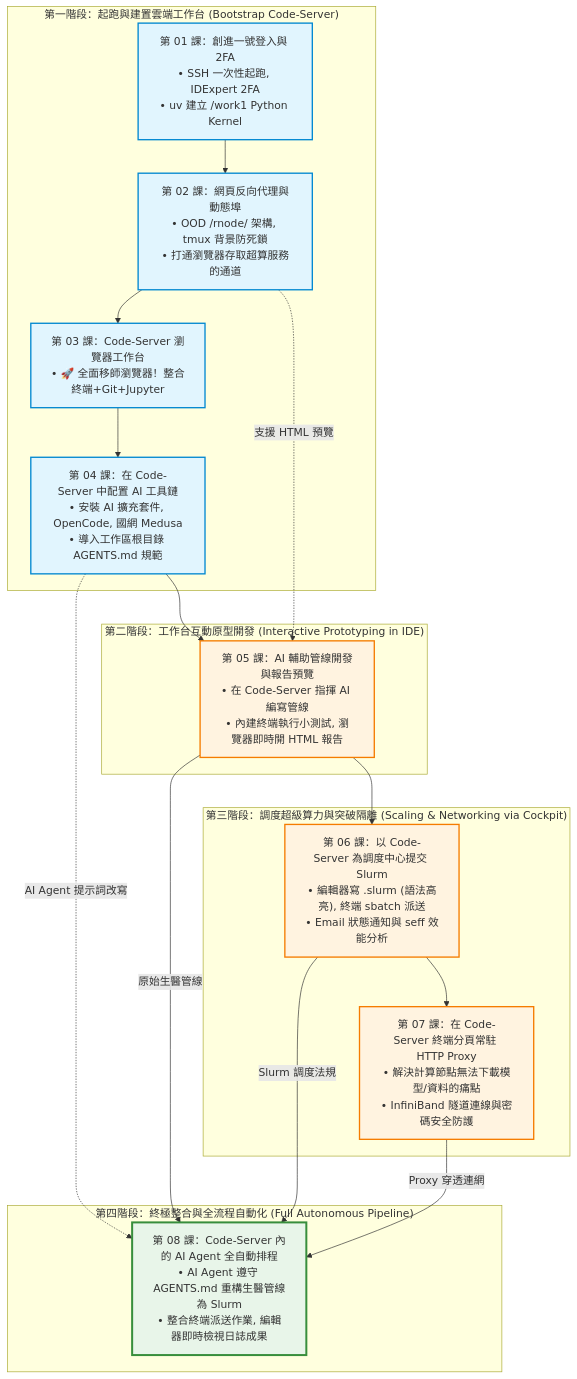
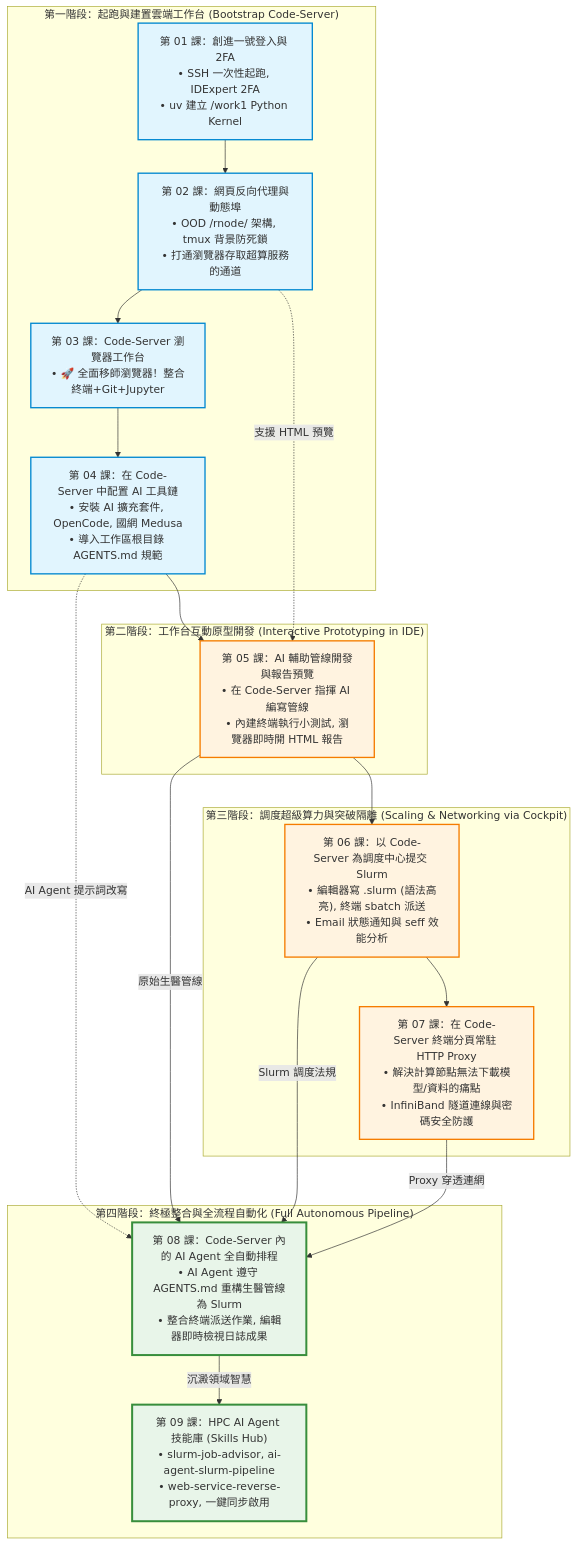
Before and after one commit to gemini960114/F1-docs: the diagram in docs/guide/00_course_syllabus.md, drawn with Mermaid. The commit also changed 10 other files, not shown here.

Commit message:
feat(docs): add chapter 09 HPC AI Agent Skills Hub and sync to curriculum

````diff
--- a/docs/guide/00_course_syllabus.md
+++ b/docs/guide/00_course_syllabus.md
@@ -34,38 +34,40 @@
 ```mermaid
 flowchart TD
     subgraph S1["第一階段：起跑與建置雲端工作台 (Bootstrap Code-Server)"]
         C1["第 01 課：創進一號登入與 2FA<br>• SSH 一次性起跑, IDExpert 2FA<br>• uv 建立 /work1 Python Kernel"]
         C2["第 02 課：網頁反向代理與動態埠<br>• OOD /rnode/ 架構, tmux 背景防死鎖<br>• 打通瀏覽器存取超算服務的通道"]
         C3["第 03 課：Code-Server 瀏覽器工作台<br>• 🚀 全面移師瀏覽器！整合終端+Git+Jupyter"]
         C4["第 04 課：在 Code-Server 中配置 AI 工具鏈<br>• 安裝 AI 擴充套件, OpenCode, 國網 Medusa<br>• 導入工作區根目錄 AGENTS.md 規範"]
         C1 --> C2 --> C3 --> C4
     end
 
     subgraph S2["第二階段：工作台互動原型開發 (Interactive Prototyping in IDE)"]
         C5["第 05 課：AI 輔助管線開發與報告預覽<br>• 在 Code-Server 指揮 AI 編寫管線<br>• 內建終端執行小測試, 瀏覽器即時開 HTML 報告"]
         C4 --> C5
         C2 -.->|支援 HTML 預覽| C5
     end
 
     subgraph S3["第三階段：調度超級算力與突破隔離 (Scaling & Networking via Cockpit)"]
         C6["第 06 課：以 Code-Server 為調度中心提交 Slurm<br>• 編輯器寫 .slurm (語法高亮), 終端 sbatch 派送<br>• Email 狀態通知與 seff 效能分析"]
         C7["第 07 課：在 Code-Server 終端分頁常駐 HTTP Proxy<br>• 解決計算節點無法下載模型/資料的痛點<br>• InfiniBand 隧道連線與密碼安全防護"]
         C5 --> C6 --> C7
     end
 
     subgraph S4["第四階段：終極整合與全流程自動化 (Full Autonomous Pipeline)"]
         C8["第 08 課：Code-Server 內的 AI Agent 全自動排程<br>• AI Agent 遵守 AGENTS.md 重構生醫管線為 Slurm<br>• 整合終端派送作業, 編輯器即時檢視日誌成果"]
+        C9["第 09 課：HPC AI Agent 技能庫 (Skills Hub)<br>• slurm-job-advisor, ai-agent-slurm-pipeline<br>• web-service-reverse-proxy, 一鍵同步啟用"]
         C4 -.->|AI Agent 提示詞改寫| C8
         C5 -->|原始生醫管線| C8
         C6 -->|Slurm 調度法規| C8
         C7 -->|Proxy 穿透連網| C8
+        C8 -->|沉澱領域智慧| C9
     end
 
     classDef primary fill:#e1f5fe,stroke:#0288d1,stroke-width:2px;
     classDef highlight fill:#fff3e0,stroke:#f57c00,stroke-width:2px;
     classDef capstone fill:#e8f5e9,stroke:#388e3c,stroke-width:3px;
 
     class C1,C2,C3,C4 primary;
     class C5,C6,C7 highlight;
-    class C8 capstone;
+    class C8,C9 capstone;
 ```
````
